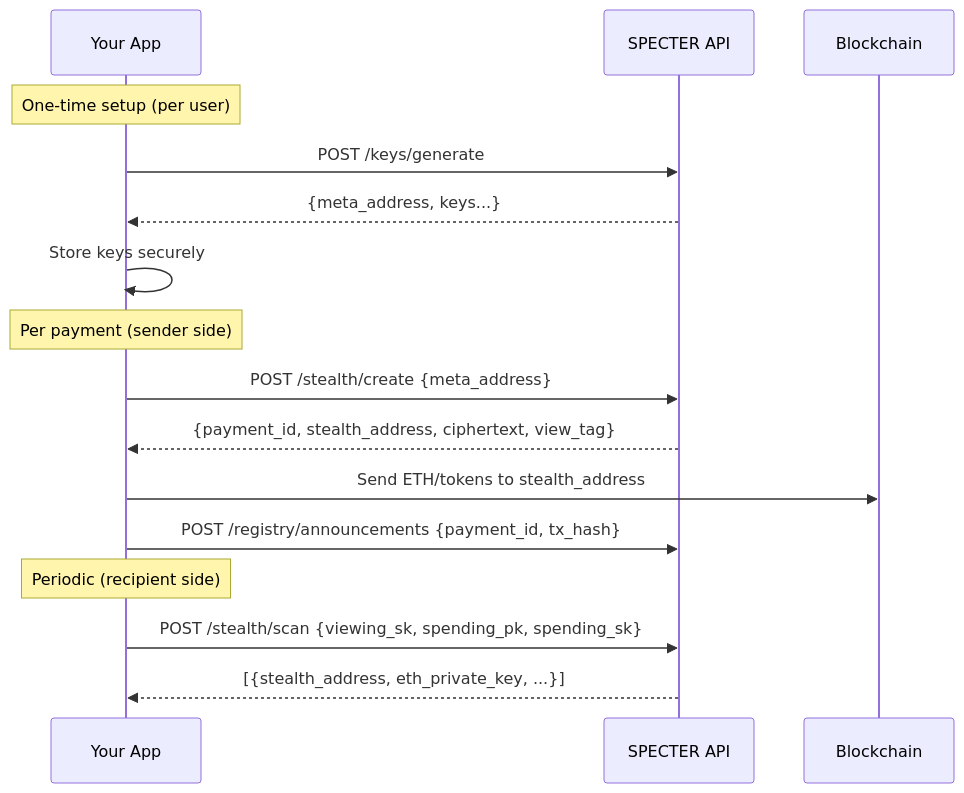
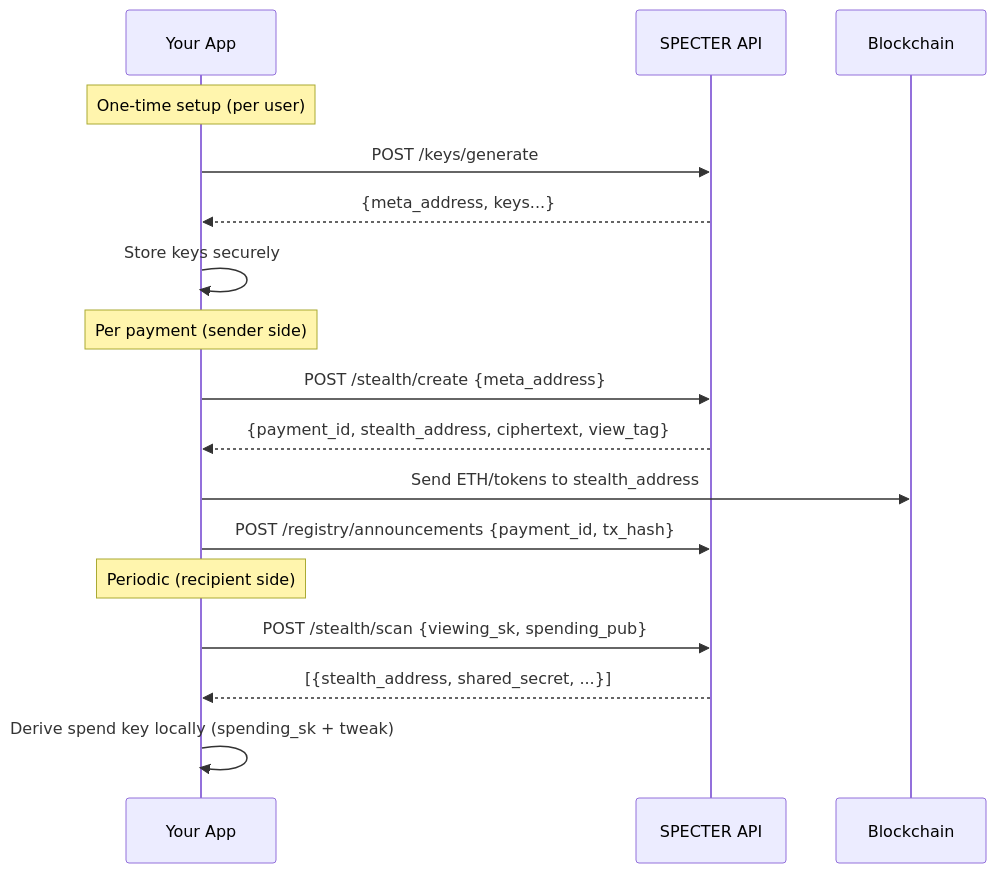
Before and after one commit to specter-privacy/docs: the diagram in docs/build/integration-guide.mdx, drawn with Mermaid. The commit also changed 10 other files, not shown here.

````diff
--- a/docs/build/integration-guide.mdx
+++ b/docs/build/integration-guide.mdx
@@ -65,21 +65,22 @@
 ```mermaid
 sequenceDiagram
     participant App as Your App
     participant API as SPECTER API
     participant Chain as Blockchain
 
     Note over App: One-time setup (per user)
     App->>API: POST /keys/generate
     API-->>App: {meta_address, keys...}
     App->>App: Store keys securely
 
     Note over App: Per payment (sender side)
     App->>API: POST /stealth/create {meta_address}
     API-->>App: {payment_id, stealth_address, ciphertext, view_tag}
     App->>Chain: Send ETH/tokens to stealth_address
     App->>API: POST /registry/announcements {payment_id, tx_hash}
 
     Note over App: Periodic (recipient side)
-    App->>API: POST /stealth/scan {viewing_sk, spending_pk, spending_sk}
-    API-->>App: [{stealth_address, eth_private_key, ...}]
+    App->>API: POST /stealth/scan {viewing_sk, spending_pub}
+    API-->>App: [{stealth_address, shared_secret, ...}]
+    App->>App: Derive spend key locally (spending_sk + tweak)
 ```
````
